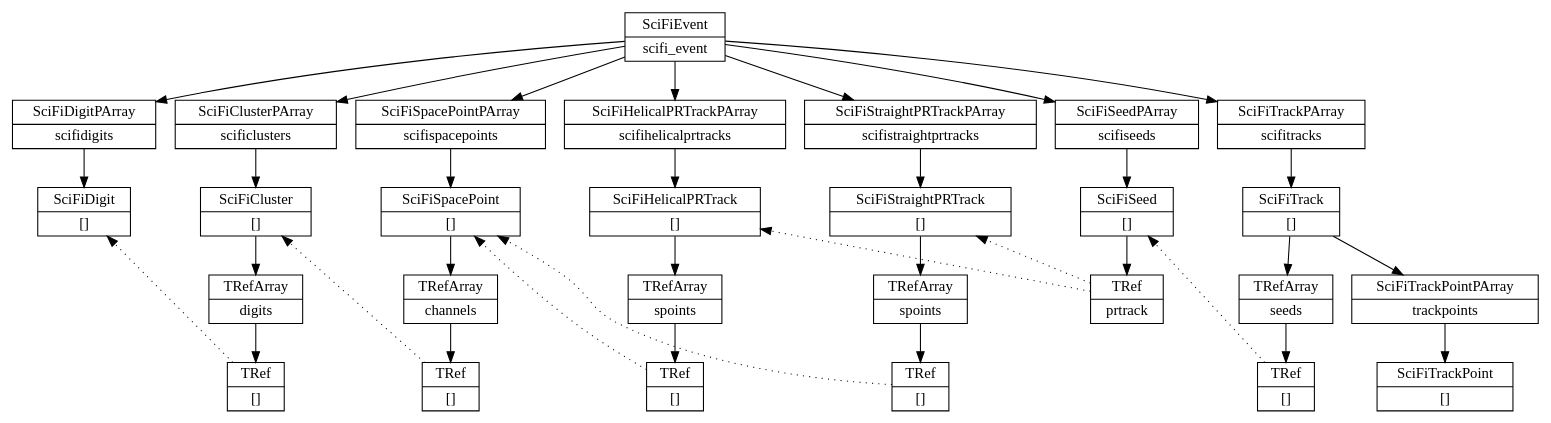
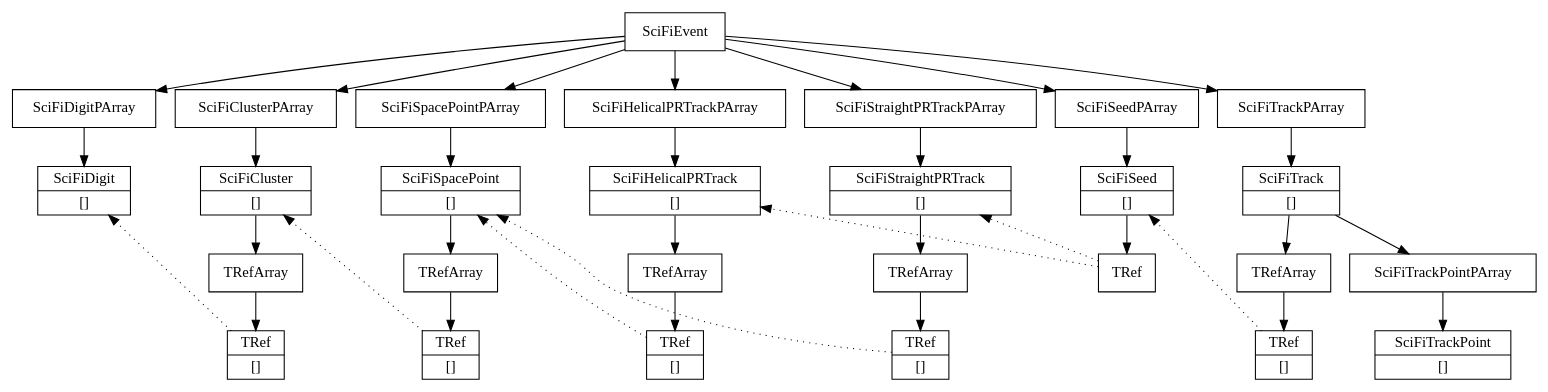
One commit to durgarajaram/maus-software-paper changed the diagram in figs/scifi_datastructure.dot. Above: the diagram before and after it, drawn with Graphviz. The commit also changed 21 other files, not shown here.

```diff
--- a/figs/scifi_datastructure.dot
+++ b/figs/scifi_datastructure.dot
@@ -1,68 +1,68 @@
 // generate using "dot scifi_datastructure.dot -Tpdf -o scifi_datastructure.pdf"
 
 digraph G {
   node [shape=record];
-  scifi_event [shape=record, label="{SciFiEvent|scifi_event}"]
-      scifi_event_item_scifidigits [shape=record, label="{SciFiDigitPArray|scifidigits}"]
+  scifi_event [shape=record, label="{SciFiEvent}"]
+      scifi_event_item_scifidigits [shape=record, label="{SciFiDigitPArray}"]
         scifi_event_item_scifidigits_item [shape=record, label="{SciFiDigit|[]}"]
-      scifi_event_item_scificlusters [shape=record, label="{SciFiClusterPArray|scificlusters}"]
+      scifi_event_item_scificlusters [shape=record, label="{SciFiClusterPArray}"]
         scifi_event_item_scificlusters_item [shape=record, label="{SciFiCluster|[]}"]
-          scifi_event_item_scificlusters_item_digits [shape=record, label="{TRefArray|digits}"]
+          scifi_event_item_scificlusters_item_digits [shape=record, label="{TRefArray}"]
             scifi_event_item_scificlusters_item_digits_item [shape=record, label="{TRef|[]}"]
-      scifi_event_item_scifispacepoints [shape=record, label="{SciFiSpacePointPArray|scifispacepoints}"]
+      scifi_event_item_scifispacepoints [shape=record, label="{SciFiSpacePointPArray}"]
         scifi_event_item_scifispacepoints_item [shape=record, label="{SciFiSpacePoint|[]}"]
-          scifi_event_item_scifispacepoints_item_channels [shape=record, label="{TRefArray|channels}"]
+          scifi_event_item_scifispacepoints_item_channels [shape=record, label="{TRefArray}"]
             scifi_event_item_scifispacepoints_item_channels_item [shape=record, label="{TRef|[]}"]
-      scifi_event_item_scifihelicalprtracks [shape=record, label="{SciFiHelicalPRTrackPArray|scifihelicalprtracks}"]
+      scifi_event_item_scifihelicalprtracks [shape=record, label="{SciFiHelicalPRTrackPArray}"]
         scifi_event_item_scifihelicalprtracks_item [shape=record, label="{SciFiHelicalPRTrack|[]}"]
-          scifi_event_item_scifihelicalprtracks_item_spoints [shape=record, label="{TRefArray|spoints}"]
+          scifi_event_item_scifihelicalprtracks_item_spoints [shape=record, label="{TRefArray}"]
             scifi_event_item_scifihelicalprtracks_item_spoints_item [shape=record, label="{TRef|[]}"]
-      scifi_event_item_scifistraightprtracks [shape=record, label="{SciFiStraightPRTrackPArray|scifistraightprtracks}"]
+      scifi_event_item_scifistraightprtracks [shape=record, label="{SciFiStraightPRTrackPArray}"]
         scifi_event_item_scifistraightprtracks_item [shape=record, label="{SciFiStraightPRTrack|[]}"]
-          scifi_event_item_scifistraightprtracks_item_spoints [shape=record, label="{TRefArray|spoints}"]
+          scifi_event_item_scifistraightprtracks_item_spoints [shape=record, label="{TRefArray}"]
             scifi_event_item_scifistraightprtracks_item_spoints_item [shape=record, label="{TRef|[]}"]
-      scifi_event_item_scifiseeds [shape=record, label="{SciFiSeedPArray|scifiseeds}"]
+      scifi_event_item_scifiseeds [shape=record, label="{SciFiSeedPArray}"]
         scifi_event_item_scifiseeds_item [shape=record, label="{SciFiSeed|[]}"]
-          scifi_event_item_scifiseeds_item_prtrack [shape=record, label="{TRef|prtrack}"]
-      scifi_event_item_scifitracks [shape=record, label="{SciFiTrackPArray|scifitracks}"]
+          scifi_event_item_scifiseeds_item_prtrack [shape=record, label="{TRef}"]
+      scifi_event_item_scifitracks [shape=record, label="{SciFiTrackPArray}"]
         scifi_event_item_scifitracks_item [shape=record, label="{SciFiTrack|[]}"]
-          scifi_event_item_scifitracks_item_seeds [shape=record, label="{TRefArray|seeds}"]
+          scifi_event_item_scifitracks_item_seeds [shape=record, label="{TRefArray}"]
             scifi_event_item_scifitracks_item_seeds_item [shape=record, label="{TRef|[]}"]
-          scifi_event_item_scifitracks_item_trackpoints [shape=record, label="{SciFiTrackPointPArray|trackpoints}"]
+          scifi_event_item_scifitracks_item_trackpoints [shape=record, label="{SciFiTrackPointPArray}"]
             scifi_event_item_scifitracks_item_trackpoints_item [shape=record, label="{SciFiTrackPoint|[]}"]
       scifi_event -> scifi_event_item_scifidigits
         scifi_event_item_scifidigits -> scifi_event_item_scifidigits_item
       scifi_event -> scifi_event_item_scificlusters
         scifi_event_item_scificlusters -> scifi_event_item_scificlusters_item
           scifi_event_item_scificlusters_item -> scifi_event_item_scificlusters_item_digits
             scifi_event_item_scificlusters_item_digits -> scifi_event_item_scificlusters_item_digits_item
               scifi_event_item_scificlusters_item_digits_item -> scifi_event_item_scifidigits_item [style=dotted, constraint=false]
       scifi_event -> scifi_event_item_scifispacepoints
         scifi_event_item_scifispacepoints -> scifi_event_item_scifispacepoints_item
           scifi_event_item_scifispacepoints_item -> scifi_event_item_scifispacepoints_item_channels
             scifi_event_item_scifispacepoints_item_channels -> scifi_event_item_scifispacepoints_item_channels_item
               scifi_event_item_scifispacepoints_item_channels_item -> scifi_event_item_scificlusters_item [style=dotted, constraint=false]
       scifi_event -> scifi_event_item_scifihelicalprtracks
         scifi_event_item_scifihelicalprtracks -> scifi_event_item_scifihelicalprtracks_item
           scifi_event_item_scifihelicalprtracks_item -> scifi_event_item_scifihelicalprtracks_item_spoints
             scifi_event_item_scifihelicalprtracks_item_spoints -> scifi_event_item_scifihelicalprtracks_item_spoints_item
             scifi_event_item_scifihelicalprtracks_item_spoints_item -> scifi_event_item_scifispacepoints_item [style=dotted, constraint=false]
       scifi_event -> scifi_event_item_scifistraightprtracks
         scifi_event_item_scifistraightprtracks -> scifi_event_item_scifistraightprtracks_item
           scifi_event_item_scifistraightprtracks_item -> scifi_event_item_scifistraightprtracks_item_spoints
             scifi_event_item_scifistraightprtracks_item_spoints -> scifi_event_item_scifistraightprtracks_item_spoints_item
             scifi_event_item_scifistraightprtracks_item_spoints_item -> scifi_event_item_scifispacepoints_item [style=dotted, constraint=false]
       scifi_event -> scifi_event_item_scifitracks
         scifi_event_item_scifitracks -> scifi_event_item_scifitracks_item
           scifi_event_item_scifitracks_item -> scifi_event_item_scifitracks_item_seeds
             scifi_event_item_scifitracks_item_seeds -> scifi_event_item_scifitracks_item_seeds_item
               scifi_event_item_scifitracks_item_seeds_item -> scifi_event_item_scifiseeds_item [style=dotted, constraint=false]
           scifi_event_item_scifitracks_item -> scifi_event_item_scifitracks_item_trackpoints
             scifi_event_item_scifitracks_item_trackpoints -> scifi_event_item_scifitracks_item_trackpoints_item
       scifi_event -> scifi_event_item_scifiseeds
         scifi_event_item_scifiseeds -> scifi_event_item_scifiseeds_item
           scifi_event_item_scifiseeds_item -> scifi_event_item_scifiseeds_item_prtrack
             scifi_event_item_scifiseeds_item_prtrack -> scifi_event_item_scifihelicalprtracks_item [style=dotted, constraint=false]
             scifi_event_item_scifiseeds_item_prtrack -> scifi_event_item_scifistraightprtracks_item [style=dotted, constraint=false]
 
 }
```
